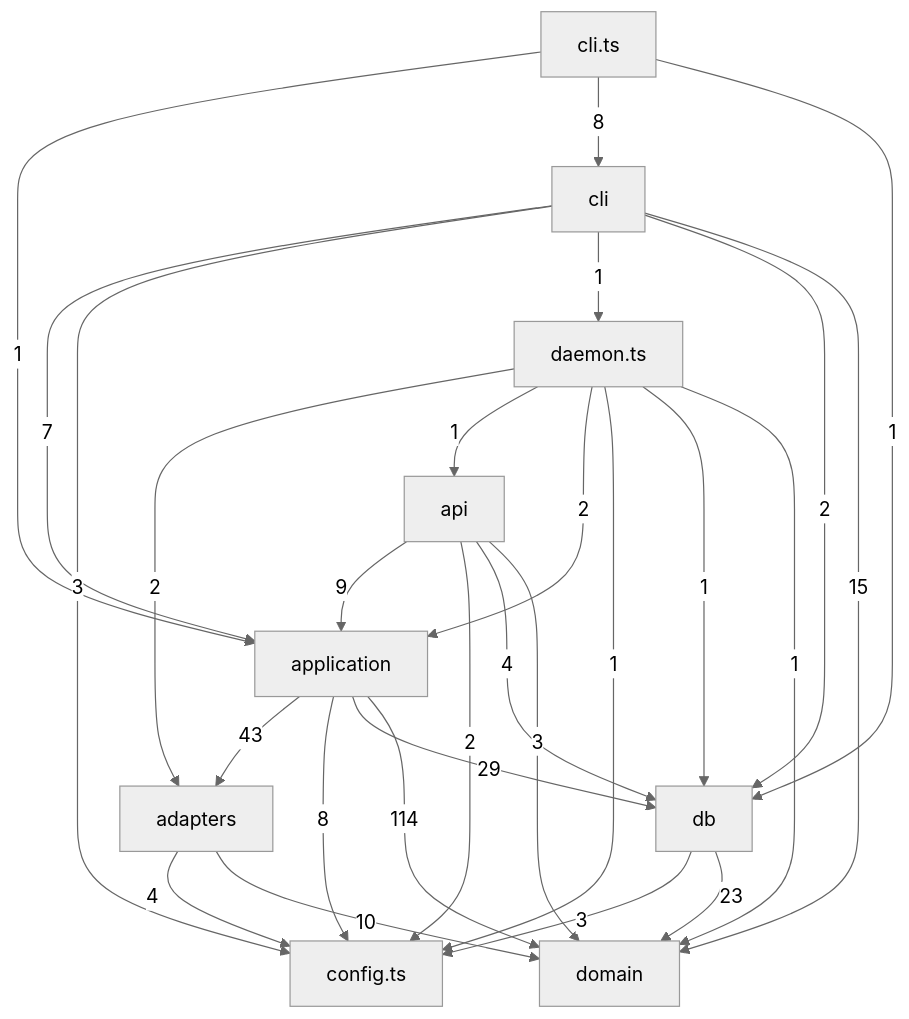
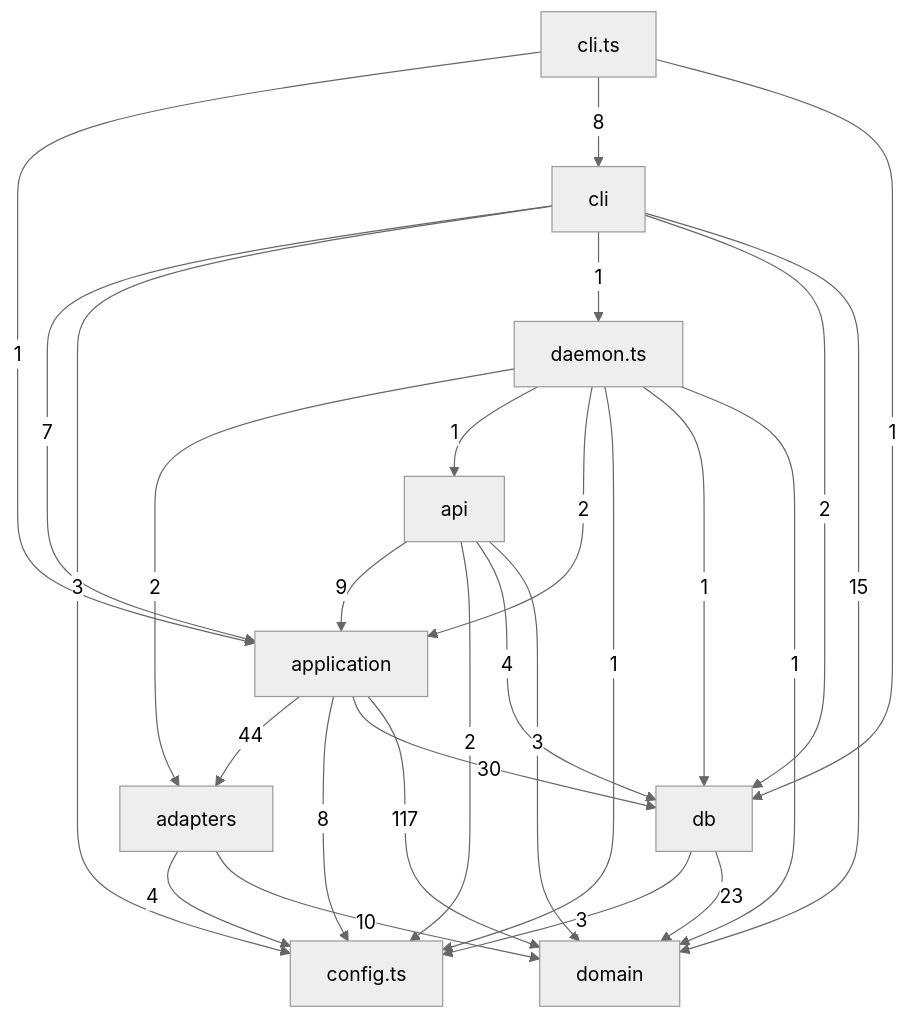
One commit to tomrobdev/agentdeck changed the third of 5 diagrams in docs/architecture.md. Above: the diagram before and after it, drawn with Mermaid (neutral theme). The commit also changed other lines of this file and 11 other files, not shown here.

````diff
--- a/docs/architecture.md
+++ b/docs/architecture.md
@@ -101,38 +101,38 @@
 ```mermaid
 flowchart TD
   adapters["adapters"]
   api["api"]
   application["application"]
   cli["cli"]
   cli_ts["cli.ts"]
   config_ts["config.ts"]
   daemon_ts["daemon.ts"]
   db["db"]
   domain["domain"]
   adapters -->|4| config_ts
   adapters -->|10| domain
   api -->|9| application
   api -->|2| config_ts
   api -->|4| db
   api -->|3| domain
-  application -->|43| adapters
+  application -->|44| adapters
   application -->|8| config_ts
-  application -->|29| db
-  application -->|114| domain
+  application -->|30| db
+  application -->|117| domain
   cli_ts -->|1| application
   cli_ts -->|8| cli
   cli_ts -->|1| db
   cli -->|7| application
   cli -->|3| config_ts
   cli -->|1| daemon_ts
   cli -->|2| db
   cli -->|15| domain
   daemon_ts -->|2| adapters
   daemon_ts -->|1| api
   daemon_ts -->|2| application
   daemon_ts -->|1| config_ts
   daemon_ts -->|1| db
   daemon_ts -->|1| domain
   db -->|3| config_ts
   db -->|23| domain
 ```
````
